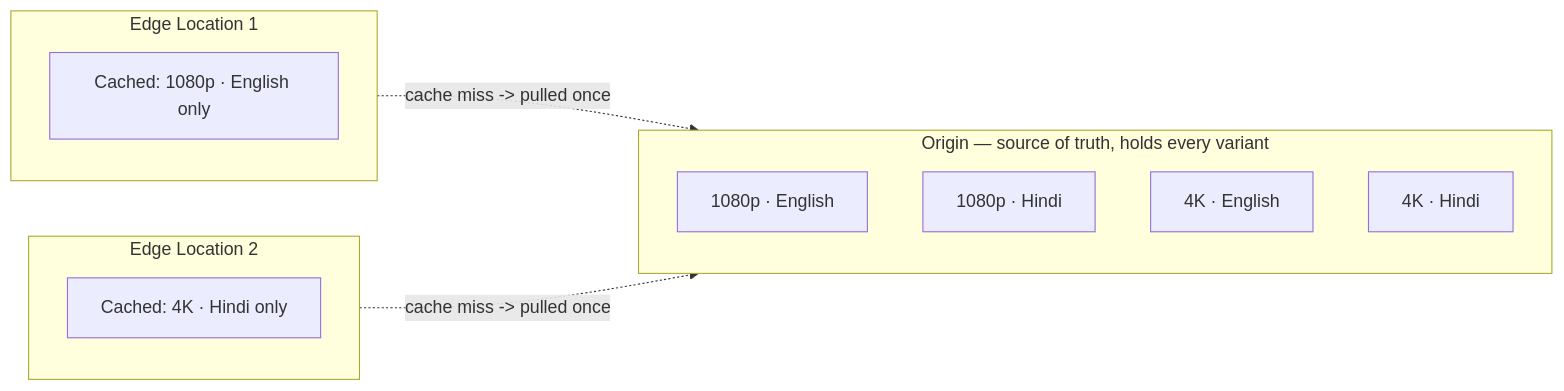
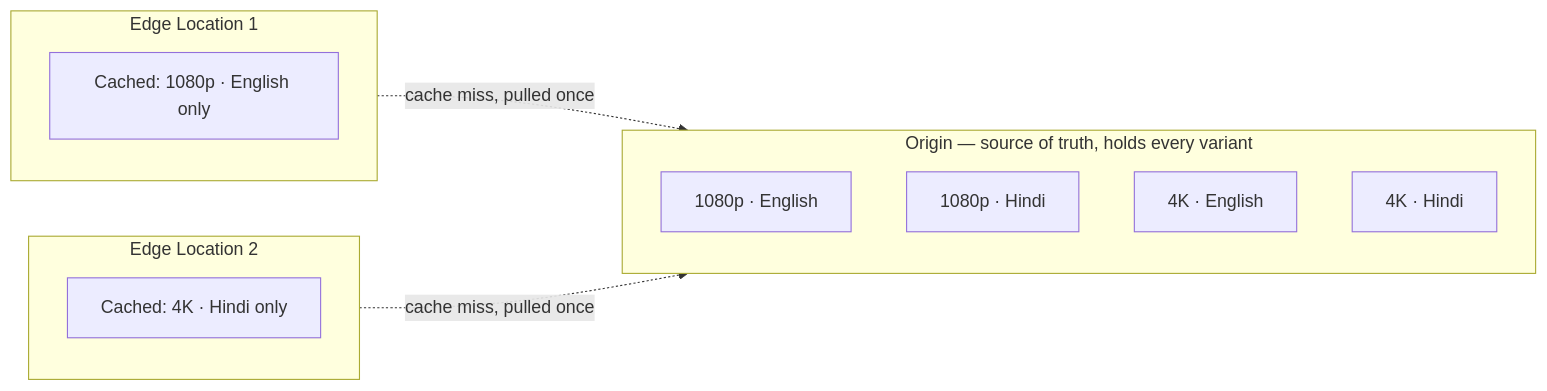
Before and after one commit to msdeepak052/AWS_Imp_Concepts: the third of 4 diagrams in Cloudfront_CDN/09-Default-Cache-Behavior-Cache-Key-and-Origin-Requests.md, drawn with Mermaid. The commit also changed other lines of this file, not shown here.

````diff
--- a/Cloudfront_CDN/09-Default-Cache-Behavior-Cache-Key-and-Origin-Requests.md
+++ b/Cloudfront_CDN/09-Default-Cache-Behavior-Cache-Key-and-Origin-Requests.md
@@ -63,20 +63,20 @@
 ```mermaid
 flowchart LR
     subgraph Origin["Origin — source of truth, holds every variant"]
         O1["1080p · English"]
         O2["1080p · Hindi"]
         O3["4K · English"]
         O4["4K · Hindi"]
     end
 
     subgraph E1["Edge Location 1"]
         C1["Cached: 1080p · English only"]
     end
 
     subgraph E2["Edge Location 2"]
         C2["Cached: 4K · Hindi only"]
     end
 
-    E1 -. "cache miss -> pulled once" .-> Origin
-    E2 -. "cache miss -> pulled once" .-> Origin
+    E1 -. "cache miss, pulled once" .-> Origin
+    E2 -. "cache miss, pulled once" .-> Origin
 ```
````
